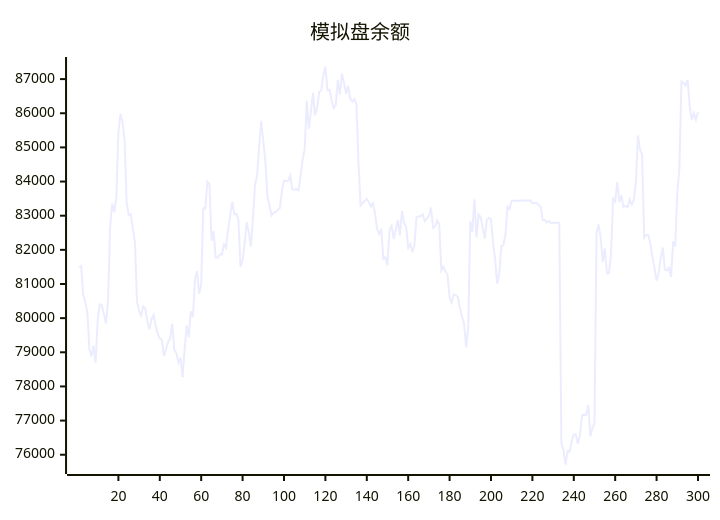
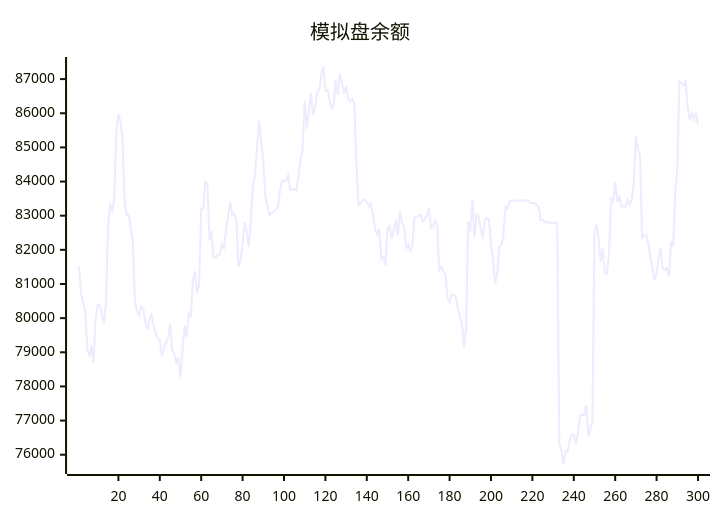
Before and after one commit to aahl/ai-trading: the diagram in README.md, drawn with Mermaid. The commit also changed other lines of this file and 1 other file, not shown here.

````diff
--- a/README.md
+++ b/README.md
@@ -5,5 +5,5 @@
 ```mermaid
 xychart
     title "模拟盘余额"
-    line [81488,81527,80681,80455,80190,79084,78879,79193,78686,79954,80403,80374,80118,79848,80491,82665,83351,83098,83525,85430,85983,85737,85221,83378,83014,83043,82613,82216,80477,80208,80081,80348,80277,79894,79670,79965,80093,79786,79542,79406,79371,78893,79087,79304,79406,79841,79072,78978,78696,78846,78272,79085,79787,79442,80198,80031,81120,81379,80718,80985,83214,83212,83993,83921,82270,82547,81776,81776,81866,81866,82158,82061,82596,83000,83408,83041,83050,82858,81503,81691,82188,82812,82517,82092,82901,83898,84180,85030,85781,85178,84604,83569,83298,83008,83093,83107,83175,83228,83729,84025,84017,84019,84177,83775,83762,83785,83738,84160,84639,84939,86370,85548,86046,86599,85942,86161,86622,86664,87115,87369,86666,86685,86384,86152,86243,86969,86548,87164,86885,86566,86809,86427,86348,86417,86273,84538,83299,83369,83430,83490,83404,83270,83362,83056,82605,82459,82614,81734,81788,81551,82598,82702,82320,82580,82878,82426,83139,82778,82686,82056,82166,81963,82110,82951,82983,82984,83038,82838,82915,82998,83235,82642,82682,82858,82746,81396,81512,81362,81277,80600,80461,80699,80673,80616,80288,80038,79836,79142,79722,82837,82533,83480,82366,83032,82960,82654,82330,82883,82934,82901,82188,81728,81005,81298,82110,82135,82449,83264,83203,83440,83439,83440,83440,83446,83447,83448,83447,83448,83449,83369,83369,83369,83313,83256,82872,82873,82801,82844,82785,82791,82791,82793,82794,76339,76145,75714,76110,76096,76397,76594,76585,76310,76607,77160,77170,77160,77456,76541,76774,76927,82520,82744,82337,81639,82040,81307,81314,81887,83490,83414,83984,83396,83594,83261,83287,83253,83470,83327,83465,83987,85348,84930,84786,82355,82433,82438,82167,81795,81466,81105,81315,81756,82064,81426,81398,81481,81210,82242,82099,83658,84359,86925,86892,86814,86980,86203,85802,86003,85811,86028]
+    line [81527,80681,80455,80190,79084,78879,79193,78686,79954,80403,80374,80118,79848,80491,82665,83351,83098,83525,85430,85983,85737,85221,83378,83014,83043,82613,82216,80477,80208,80081,80348,80277,79894,79670,79965,80093,79786,79542,79406,79371,78893,79087,79304,79406,79841,79072,78978,78696,78846,78272,79085,79787,79442,80198,80031,81120,81379,80718,80985,83214,83212,83993,83921,82270,82547,81776,81776,81866,81866,82158,82061,82596,83000,83408,83041,83050,82858,81503,81691,82188,82812,82517,82092,82901,83898,84180,85030,85781,85178,84604,83569,83298,83008,83093,83107,83175,83228,83729,84025,84017,84019,84177,83775,83762,83785,83738,84160,84639,84939,86370,85548,86046,86599,85942,86161,86622,86664,87115,87369,86666,86685,86384,86152,86243,86969,86548,87164,86885,86566,86809,86427,86348,86417,86273,84538,83299,83369,83430,83490,83404,83270,83362,83056,82605,82459,82614,81734,81788,81551,82598,82702,82320,82580,82878,82426,83139,82778,82686,82056,82166,81963,82110,82951,82983,82984,83038,82838,82915,82998,83235,82642,82682,82858,82746,81396,81512,81362,81277,80600,80461,80699,80673,80616,80288,80038,79836,79142,79722,82837,82533,83480,82366,83032,82960,82654,82330,82883,82934,82901,82188,81728,81005,81298,82110,82135,82449,83264,83203,83440,83439,83440,83440,83446,83447,83448,83447,83448,83449,83369,83369,83369,83313,83256,82872,82873,82801,82844,82785,82791,82791,82793,82794,76339,76145,75714,76110,76096,76397,76594,76585,76310,76607,77160,77170,77160,77456,76541,76774,76927,82520,82744,82337,81639,82040,81307,81314,81887,83490,83414,83984,83396,83594,83261,83287,83253,83470,83327,83465,83987,85348,84930,84786,82355,82433,82438,82167,81795,81466,81105,81315,81756,82064,81426,81398,81481,81210,82242,82099,83658,84359,86925,86892,86814,86980,86203,85802,86003,85811,86028,85657]
 ```
````
